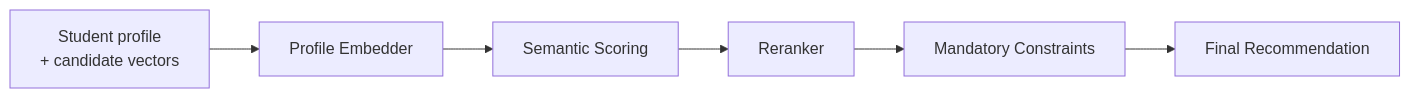
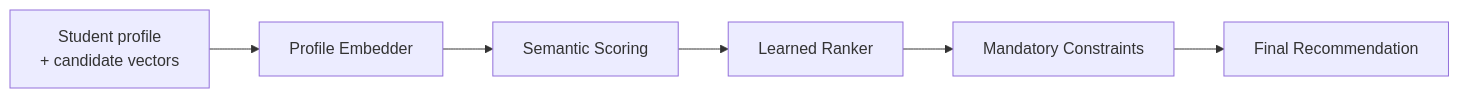
The second of 3 diagrams in docs/06-ai-engines.md (Masar-SCU/Masar), drawn with Mermaid before and after one commit. The commit also changed other lines of this file and 17 other files, not shown here.

Commit message:
docs: resolve reviewer feedback across design system, idempotency, and ai architecture

````diff
--- a/docs/06-ai-engines.md
+++ b/docs/06-ai-engines.md
@@ -81,8 +84,8 @@
 ```mermaid
 flowchart LR
     P["Student profile<br/>+ candidate vectors"] --> E["Profile Embedder"]
     E --> C["Semantic Scoring"]
-    C --> R["Reranker"]
+    C --> R["Learned Ranker"]
     R --> K["Mandatory Constraints"]
     K --> F["Final Recommendation"]
 ```
````
